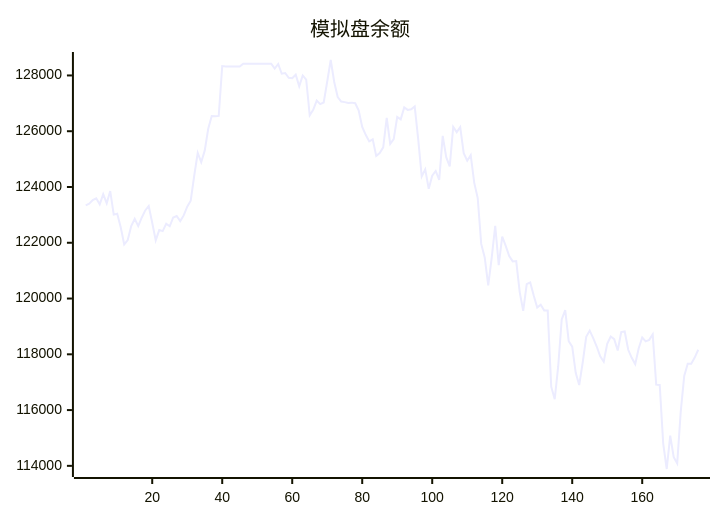
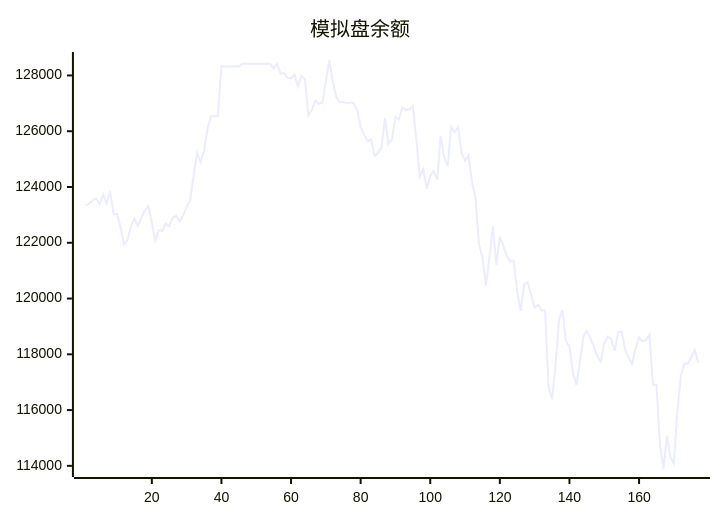
One commit to aahl/ai-trading changed the diagram in README.md. Above: the diagram before and after it, drawn with Mermaid. The commit also changed other lines of this file and 1 other file, not shown here.

````diff
--- a/README.md
+++ b/README.md
@@ -5,5 +5,5 @@
 ```mermaid
 xychart
     title "模拟盘余额"
-    line [123338,123402,123530,123592,123378,123745,123413,123853,123009,123040,122557,121938,122095,122599,122856,122597,122898,123160,123319,122719,122087,122454,122416,122685,122592,122907,122961,122776,122981,123295,123507,124403,125224,124894,125303,126088,126544,126534,126549,128335,128318,128318,128318,128318,128318,128424,128424,128424,128424,128424,128424,128424,128424,128424,128247,128412,128062,128087,127917,127901,128026,127611,128000,127850,126572,126770,127100,126971,127029,127783,128554,127765,127224,127064,127044,127009,127025,127004,126738,126152,125871,125635,125707,125117,125217,125420,126480,125545,125715,126511,126424,126856,126764,126788,126890,125710,124381,124632,123936,124402,124574,124256,125833,125070,124739,126154,125966,126145,125213,124943,125143,124157,123604,121959,121476,120476,121470,122610,121201,122221,121889,121522,121332,121344,120232,119559,120513,120577,120108,119680,119777,119572,119568,116839,116392,117573,119250,119585,118469,118277,117338,116897,117706,118628,118849,118579,118280,117926,117735,118373,118639,118544,118136,118798,118819,118162,117874,117649,118215,118601,118463,118517,118713,116911,116899,114798,113887,115084,114313,114091,115934,117221,117658,117658,117883,118164]
+    line [123338,123402,123530,123592,123378,123745,123413,123853,123009,123040,122557,121938,122095,122599,122856,122597,122898,123160,123319,122719,122087,122454,122416,122685,122592,122907,122961,122776,122981,123295,123507,124403,125224,124894,125303,126088,126544,126534,126549,128335,128318,128318,128318,128318,128318,128424,128424,128424,128424,128424,128424,128424,128424,128424,128247,128412,128062,128087,127917,127901,128026,127611,128000,127850,126572,126770,127100,126971,127029,127783,128554,127765,127224,127064,127044,127009,127025,127004,126738,126152,125871,125635,125707,125117,125217,125420,126480,125545,125715,126511,126424,126856,126764,126788,126890,125710,124381,124632,123936,124402,124574,124256,125833,125070,124739,126154,125966,126145,125213,124943,125143,124157,123604,121959,121476,120476,121470,122610,121201,122221,121889,121522,121332,121344,120232,119559,120513,120577,120108,119680,119777,119572,119568,116839,116392,117573,119250,119585,118469,118277,117338,116897,117706,118628,118849,118579,118280,117926,117735,118373,118639,118544,118136,118798,118819,118162,117874,117649,118215,118601,118463,118517,118713,116911,116899,114798,113887,115084,114313,114091,115934,117221,117658,117658,117883,118164,117693]
 ```
````
